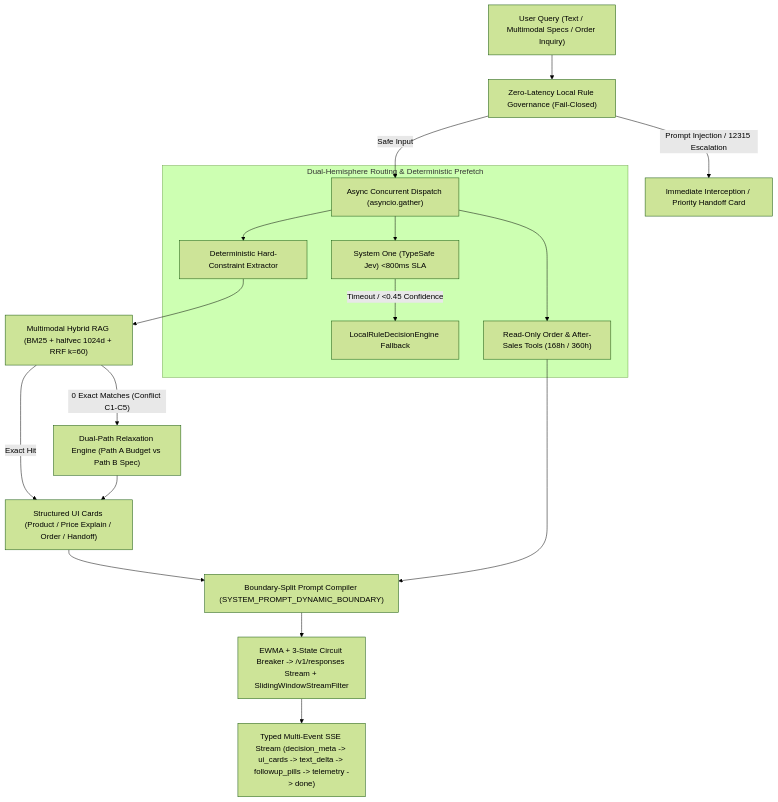
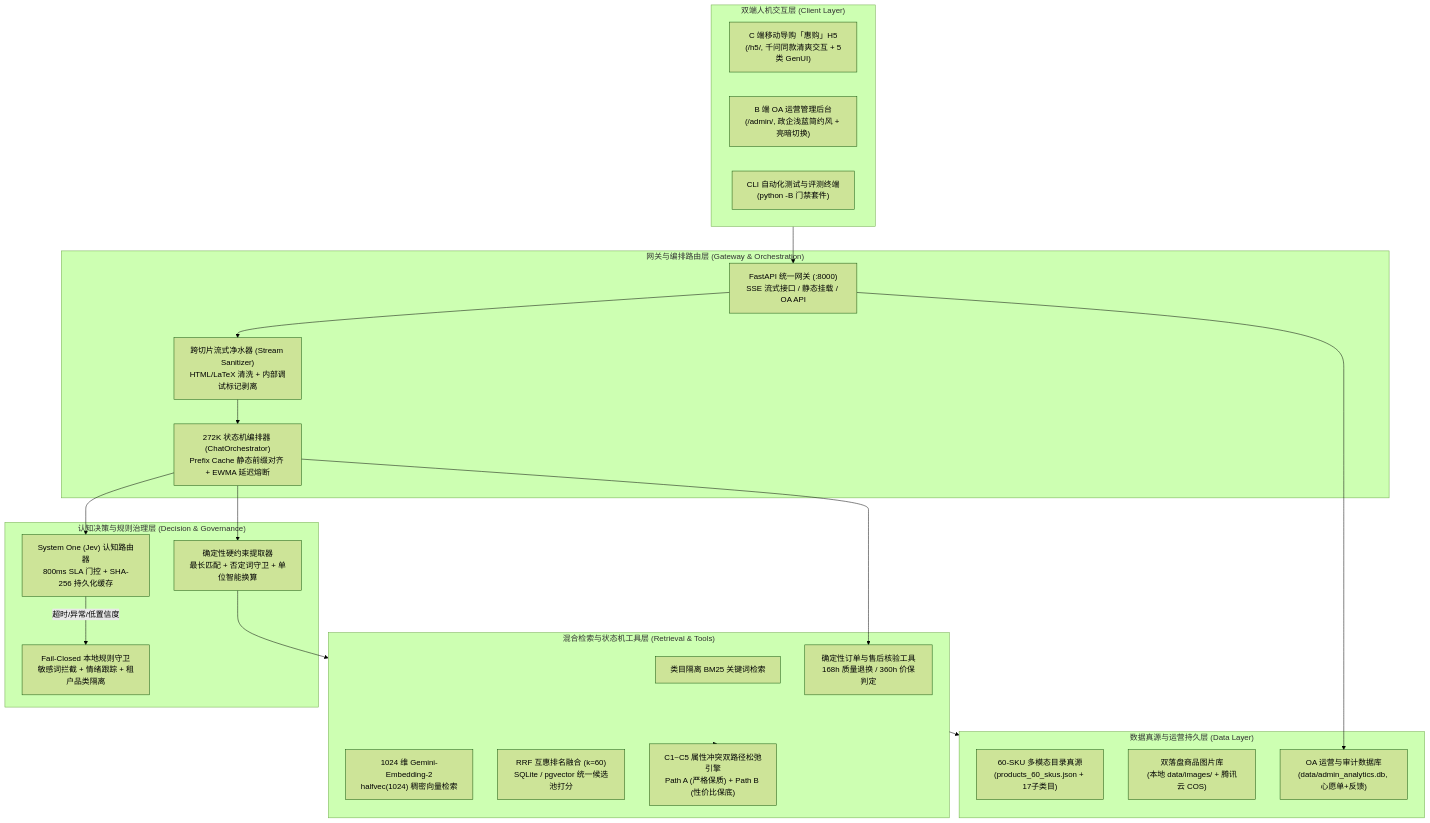
One commit to greatleo31/ai-sales-assistant changed the diagram in README.md. Above: the diagram before and after it, drawn with Mermaid (forest theme). The commit also changed other lines of this file and 30 other files, not shown here.

````diff
--- a/README.md
+++ b/README.md
@@ -15,23 +48,46 @@
 ```mermaid
 flowchart TD
-    User["User Query (Text / Multimodal Specs / Order Inquiry)"] --> Guard["Zero-Latency Local Rule Governance (Fail-Closed)"]
-    Guard -->|"Prompt Injection / 12315 Escalation"| Handoff["Immediate Interception / Priority Handoff Card"]
-    Guard -->|"Safe Input"| Parallel["Async Concurrent Dispatch (asyncio.gather)"]
-
-    subgraph Hemisphere["Dual-Hemisphere Routing & Deterministic Prefetch"]
-        Parallel --> Jev["System One (TypeSafe Jev) <800ms SLA"]
-        Jev -->|"Timeout / <0.45 Confidence"| LocalFallback["LocalRuleDecisionEngine Fallback"]
-        Parallel --> Extractor["Deterministic Hard-Constraint Extractor"]
-        Parallel --> OrderTools["Read-Only Order & After-Sales Tools (168h / 360h)"]
+    subgraph ClientLayer ["双端人机交互层 (Client Layer)"]
+        C_H5["C 端移动导购「惠购」H5<br>(/h5/, 千问同款清爽交互 + 5类 GenUI)"]
+        B_Admin["B 端 OA 运营管理后台<br>(/admin/, 政企浅蓝简约风 + 亮暗切换)"]
+        CLI["CLI 自动化测试与评测终端<br>(python -B 门禁套件)"]
     end
 
-    Extractor --> RAG["Multimodal Hybrid RAG (BM25 + halfvec 1024d + RRF k=60)"]
-    RAG -->|"0 Exact Matches (Conflict C1-C5)"| Relax["Dual-Path Relaxation Engine (Path A Budget vs Path B Spec)"]
-    RAG -->|"Exact Hit"| Cards["Structured UI Cards (Product / Price Explain / Order / Handoff)"]
-    Relax --> Cards
+    subgraph GatewayLayer ["网关与编排路由层 (Gateway & Orchestration)"]
+        FastAPI["FastAPI 统一网关 (:8000)<br>SSE 流式接口 / 静态挂载 / OA API"]
+        Sanitizer["跨切片流式净水器 (Stream Sanitizer)<br>HTML/LaTeX 清洗 + 内部调试标记剥离"]
+        Orchestrator["272K 状态机编排器 (ChatOrchestrator)<br>Prefix Cache 静态前缀对齐 + EWMA 延迟熔断"]
+    end
 
-    Cards --> PromptCompiler["Boundary-Split Prompt Compiler (SYSTEM_PROMPT_DYNAMIC_BOUNDARY)"]
-    OrderTools --> PromptCompiler
-    PromptCompiler --> StreamLLM["EWMA + 3-State Circuit Breaker -> /v1/responses Stream + SlidingWindowStreamFilter"]
-    StreamLLM --> SSE["Typed Multi-Event SSE Stream (decision_meta -> ui_cards -> text_delta -> followup_pills -> telemetry -> done)"]
+    subgraph DecisionLayer ["认知决策与规则治理层 (Decision & Governance)"]
+        JevRouter["System One (Jev) 认知路由器<br>800ms SLA 门控 + SHA-256 持久化缓存"]
+        FailClosed["Fail-Closed 本地规则守卫<br>敏感词拦截 + 情绪跟踪 + 租户品类隔离"]
+        ConstraintEx["确定性硬约束提取器<br>最长匹配 + 否定词守卫 + 单位智能换算"]
+    end
+
+    subgraph RetrievalLayer ["混合检索与状态机工具层 (Retrieval & Tools)"]
+        BM25["类目隔离 BM25 关键词检索"]
+        VectorRetriever["1024 维 Gemini-Embedding-2<br>halfvec(1024) 稠密向量检索"]
+        RRF["RRF 互惠排名融合 (k=60)<br>SQLite / pgvector 统一候选池打分"]
+        RelaxationEngine["C1~C5 属性冲突双路径松弛引擎<br>Path A (严格保质) + Path B (性价比保底)"]
+        OrderTools["确定性订单与售后核验工具<br>168h 质量退换 / 360h 价保判定"]
+    end
+
+    subgraph DataLayer ["数据真源与运营持久层 (Data Layer)"]
+        Catalog["60-SKU 多模态目录真源<br>(products_60_skus.json + 17子类目)"]
+        ImageAssets["双落盘商品图片库<br>(本地 data/images/ + 腾讯云 COS)"]
+        AnalyticsDB["OA 运营与审计数据库<br>(data/admin_analytics.db, 心愿单+反馈)"]
+    end
+
+    ClientLayer --> FastAPI
+    FastAPI --> Sanitizer
+    Sanitizer --> Orchestrator
+    Orchestrator --> JevRouter
+    JevRouter -- 超时/异常/低置信度 --> FailClosed
+    Orchestrator --> ConstraintEx
+    ConstraintEx --> RetrievalLayer
+    RetrievalLayer --> RelaxationEngine
+    Orchestrator --> OrderTools
+    RetrievalLayer --> DataLayer
+    FastAPI --> AnalyticsDB
 ```
````
